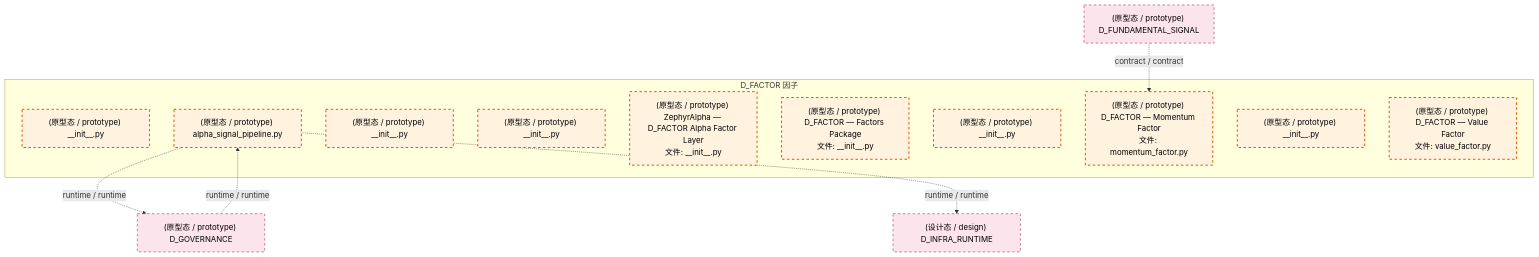
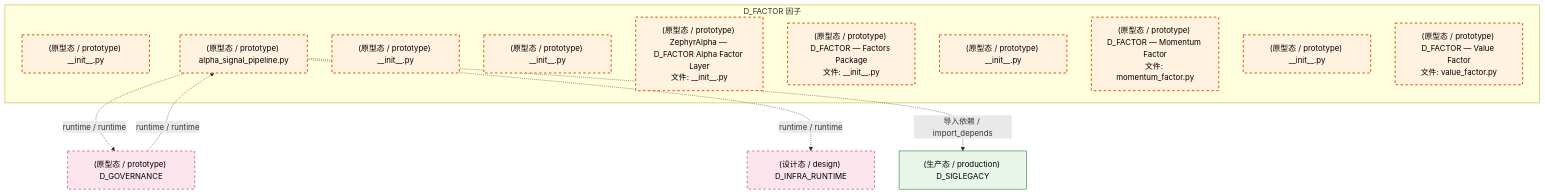
The third of 4 diagrams in docs/02_enterprise_architecture/02_domain_architecture_docs/34_d_factor.md (xuanFelixVan/ZephyrAlpha), drawn with Mermaid before and after one commit. The commit also changed other lines of this file and 112 other files, not shown here.

````diff
--- a/docs/02_enterprise_architecture/02_domain_architecture_docs/34_d_factor.md
+++ b/docs/02_enterprise_architecture/02_domain_architecture_docs/34_d_factor.md
@@ -150,28 +159,29 @@
 ```mermaid
 graph TD
     subgraph D_FACTOR["D_FACTOR 因子"]
         src_zephyr_factor_extensions_init_py["(原型态 / prototype) __init__.py"]
         src_zephyr_factor_alpha_signal_pipeline_py["(原型态 / prototype) alpha_signal_pipeline.py"]
         src_zephyr_factor_api_init_py["(原型态 / prototype) __init__.py"]
         src_zephyr_factor_core_init_py["(原型态 / prototype) __init__.py"]
         src_zephyr_factor_ctr_001_consumer_init_py["(原型态 / prototype) ZephyrAlpha — D_FACTOR Alpha Factor Layer<br/>文件: __init__.py"]
         src_zephyr_factor_engine_init_py["(原型态 / prototype) D_FACTOR — Factors Package<br/>文件: __init__.py"]
         src_zephyr_factor_infrastructure_init_py["(原型态 / prototype) __init__.py"]
         src_zephyr_factor_momentum_factor_py["(原型态 / prototype) D_FACTOR — Momentum Factor<br/>文件: momentum_factor.py"]
         src_zephyr_factor_services_init_py["(原型态 / prototype) __init__.py"]
         src_zephyr_factor_value_factor_py["(原型态 / prototype) D_FACTOR — Value Factor<br/>文件: value_factor.py"]
     end
     D_GOVERNANCE["(原型态 / prototype) D_GOVERNANCE"]
     src_zephyr_factor_alpha_signal_pipeline_py -.->|runtime / runtime| D_GOVERNANCE
     D_INFRA_RUNTIME["(设计态 / design) D_INFRA_RUNTIME"]
     src_zephyr_factor_alpha_signal_pipeline_py -.->|runtime / runtime| D_INFRA_RUNTIME
+    D_SIGLEGACY["(生产态 / production) D_SIGLEGACY"]
+    src_zephyr_factor_alpha_signal_pipeline_py -.->|导入依赖 / import_depends| D_SIGLEGACY
     D_GOVERNANCE -.->|runtime / runtime| src_zephyr_factor_alpha_signal_pipeline_py
-    D_FUNDAMENTAL_SIGNAL["(原型态 / prototype) D_FUNDAMENTAL_SIGNAL"]
-    D_FUNDAMENTAL_SIGNAL -.->|contract / contract| src_zephyr_factor_momentum_factor_py
     classDef production fill:#e1f5fe,stroke:#01579b,stroke-width:2px,color:#000
     classDef design fill:#fff3e0,stroke:#e65100,stroke-width:2px,color:#000,stroke-dasharray: 5 5
     classDef external_prod fill:#e8f5e9,stroke:#1b5e20,stroke-width:1px,color:#000
     classDef external_design fill:#fce4ec,stroke:#880e4f,stroke-width:1px,color:#000,stroke-dasharray: 5 5
     class src_zephyr_factor_extensions_init_py,src_zephyr_factor_alpha_signal_pipeline_py,src_zephyr_factor_api_init_py,src_zephyr_factor_core_init_py,src_zephyr_factor_ctr_001_consumer_init_py,src_zephyr_factor_engine_init_py,src_zephyr_factor_infrastructure_init_py,src_zephyr_factor_momentum_factor_py,src_zephyr_factor_services_init_py,src_zephyr_factor_value_factor_py design
-    class D_GOVERNANCE,D_INFRA_RUNTIME,D_FUNDAMENTAL_SIGNAL external_design
+    class D_SIGLEGACY external_prod
+    class D_GOVERNANCE,D_INFRA_RUNTIME external_design
 ```
````
